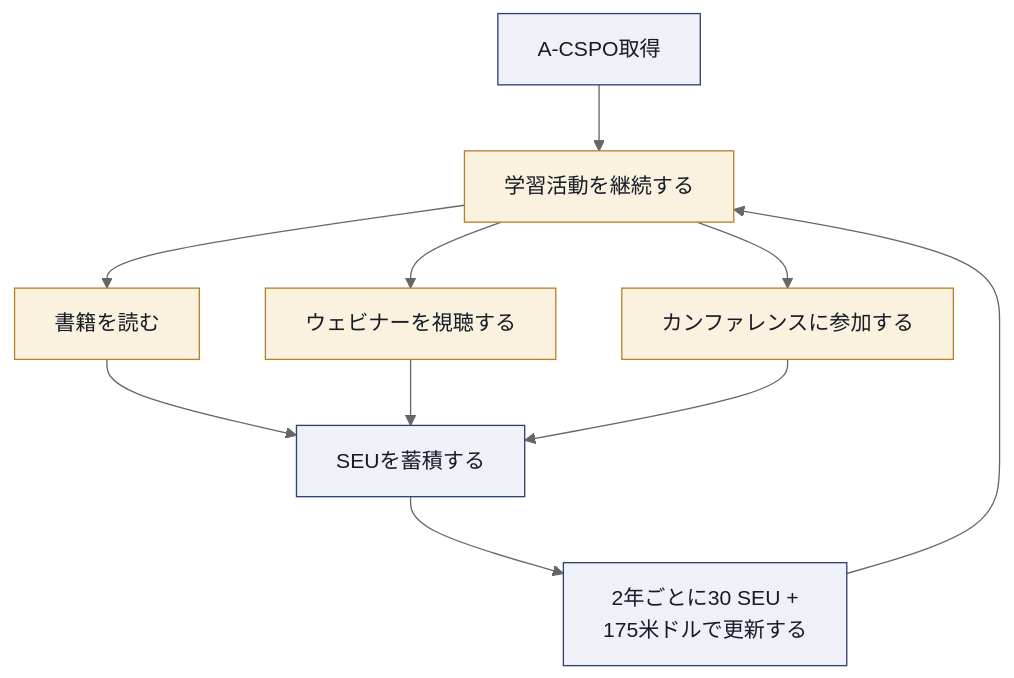
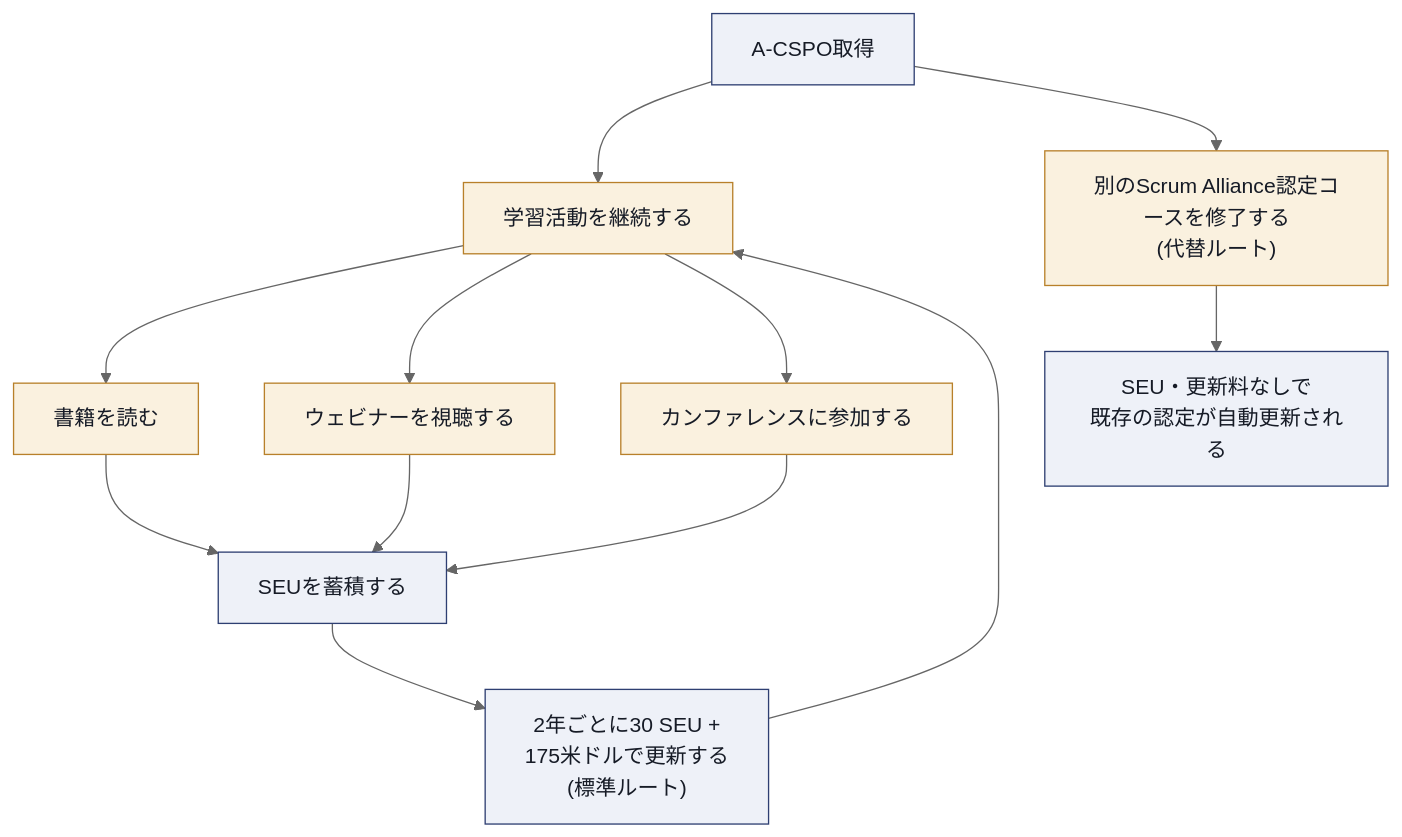
One commit to myoshi2891/Management-Team-Building-Studies changed diagram 17 of 17 in A-cspo-advanced-certified-scrum-product-owner-study-guide.md. Above: the diagram before and after it, drawn with Mermaid (neutral theme). The commit also changed other lines of this file, not shown here.

````diff
--- a/A-cspo-advanced-certified-scrum-product-owner-study-guide.md
+++ b/A-cspo-advanced-certified-scrum-product-owner-study-guide.md
@@ -946,17 +947,19 @@
 ```mermaid
 flowchart TD
     A["A-CSPO取得"] --> B["学習活動を継続する"]
     B --> B1["書籍を読む"]
     B --> B2["ウェビナーを視聴する"]
     B --> B3["カンファレンスに参加する"]
     B1 --> C["SEUを蓄積する"]
     B2 --> C
     B3 --> C
-    C --> D["2年ごとに30 SEU +<br/>175米ドルで更新する"]
+    C --> D["2年ごとに30 SEU +<br/>175米ドルで更新する<br/>(標準ルート)"]
     D --> B
+    A --> ALT["別のScrum Alliance認定コースを修了する<br/>(代替ルート)"]
+    ALT --> D2["SEU・更新料なしで<br/>既存の認定が自動更新される"]
 
     classDef box fill:#EEF1F8,stroke:#2E3F72,color:#161B26
     classDef hub fill:#FAF1DF,stroke:#B8802A,color:#161B26
-    class A,C,D box
-    class B,B1,B2,B3 hub
+    class A,C,D,D2 box
+    class B,B1,B2,B3,ALT hub
 ```
````
